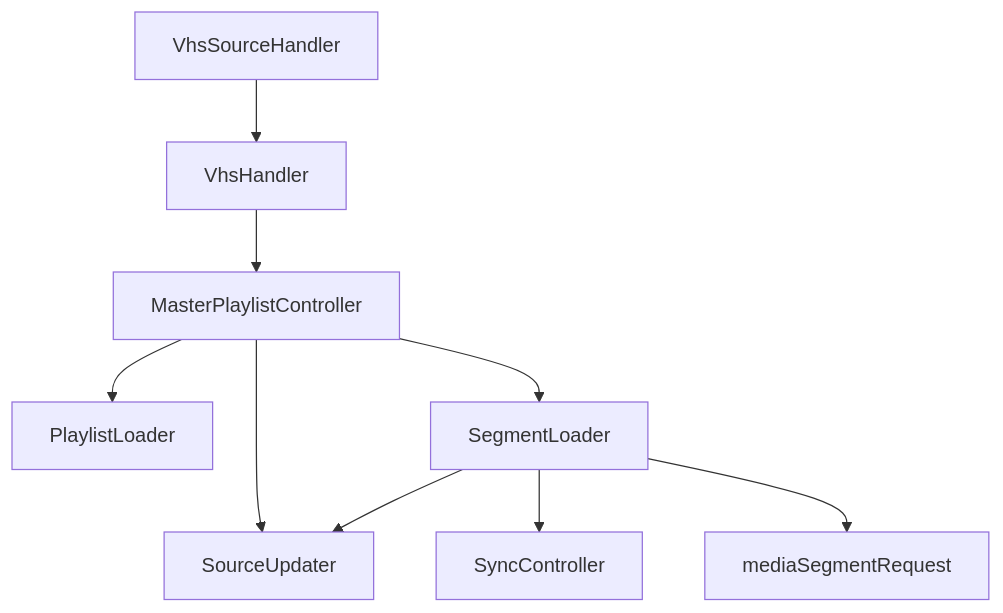
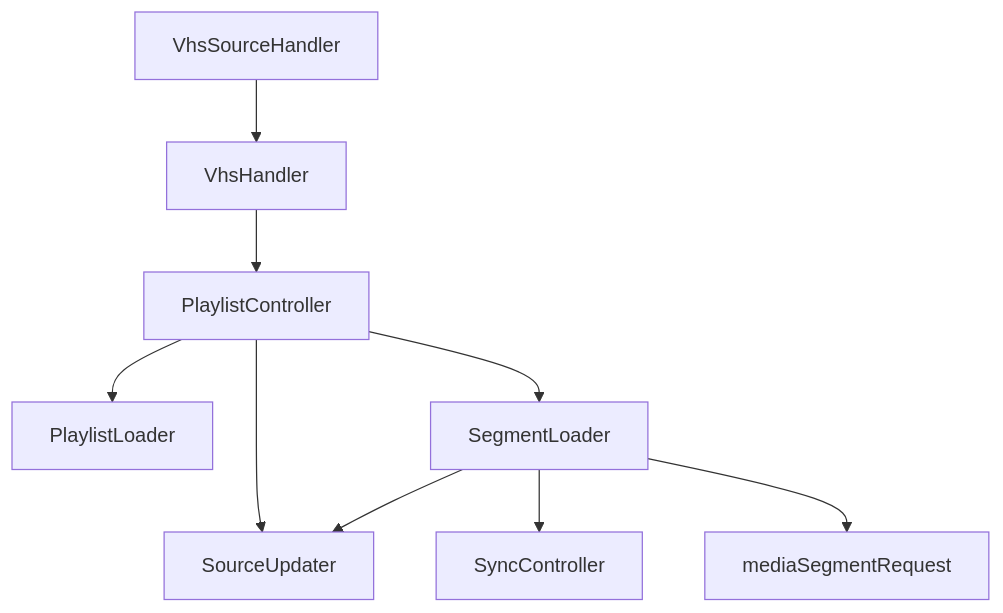
The seventh of 8 diagrams in docs/a-walk-through-vhs.md (videojs/http-streaming), drawn with Mermaid before and after one commit. The commit also changed other lines of this file and 4 other files, not shown here.

````diff
--- a/docs/a-walk-through-vhs.md
+++ b/docs/a-walk-through-vhs.md
@@ -213,11 +213,11 @@
 ```mermaid
 flowchart TD
   VhsSourceHandler --> VhsHandler
-  VhsHandler --> MasterPlaylistController
-  MasterPlaylistController --> PlaylistLoader
-  MasterPlaylistController --> SourceUpdater
-  MasterPlaylistController --> SegmentLoader
+  VhsHandler --> PlaylistController
+  PlaylistController --> PlaylistLoader
+  PlaylistController --> SourceUpdater
+  PlaylistController --> SegmentLoader
   SegmentLoader --> SyncController
   SegmentLoader --> mediaSegmentRequest
   SegmentLoader --> SourceUpdater
 ```
````
